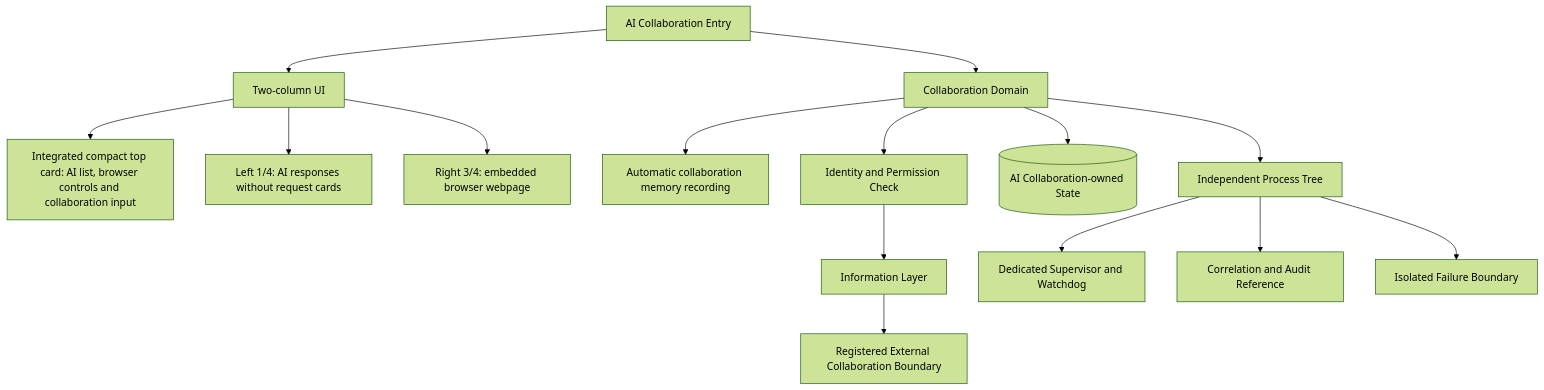
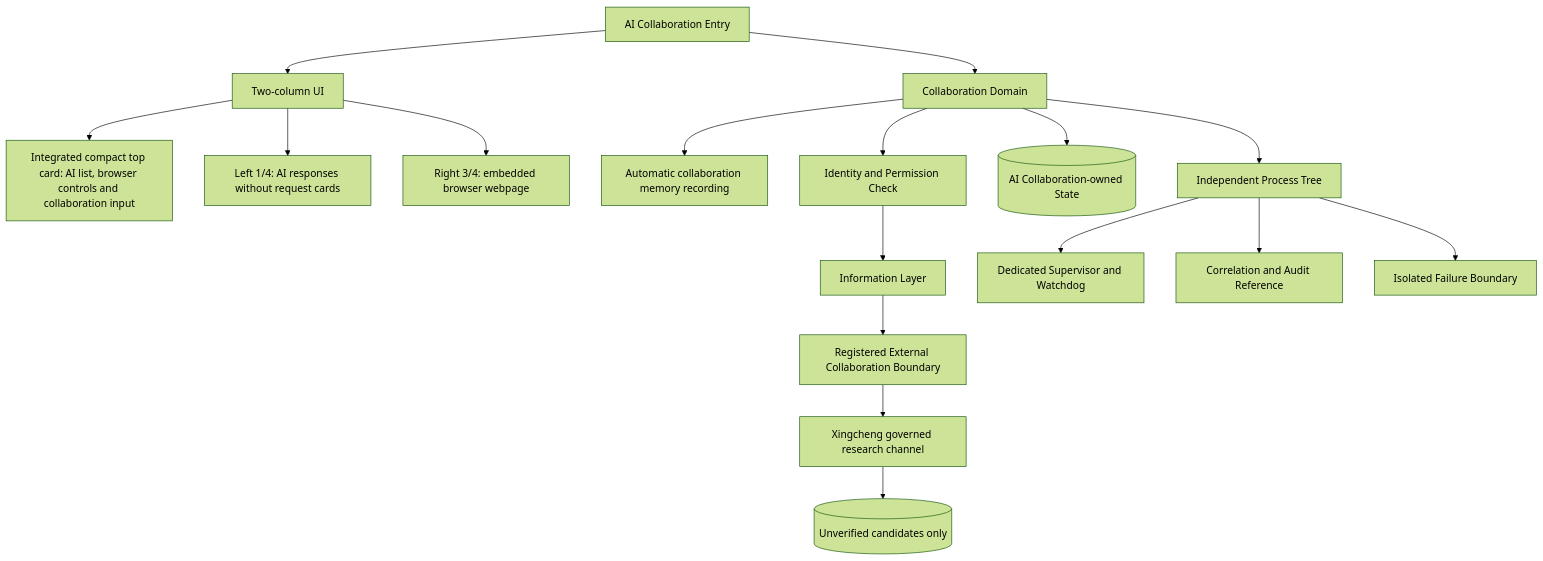
Before and after one commit to guilty442-source/GPTBridge: the diagram in governance_rule/codex/architecture-tool-ai-collaboration.md, drawn with Mermaid (forest theme). The commit also changed other lines of this file and 9 other files, not shown here.

Commit message:
Codex: complete all 12 architecture diagrams (git, local-model, model-dialogue, ai-assistant, ai-collaboration, file-sorter, investment-mobile, vaultly) + hash rebind; blueprint synced

````diff
--- a/governance_rule/codex/architecture-tool-ai-collaboration.md
+++ b/governance_rule/codex/architecture-tool-ai-collaboration.md
@@ -3,17 +3,19 @@
 ```mermaid
 flowchart TB
   ENTRY[AI Collaboration Entry] --> APP[Collaboration Domain]
   ENTRY --> UI[Two-column UI]
   UI --> TOP[Integrated compact top card: AI list, browser controls and collaboration input]
   UI --> LEFT[Left 1/4: AI responses without request cards]
   UI --> RIGHT[Right 3/4: embedded browser webpage]
   APP --> AUTO_MEMORY[Automatic collaboration memory recording]
   APP --> AUTH[Identity and Permission Check]
   AUTH --> INFO[Information Layer]
   INFO --> EXT[Registered External Collaboration Boundary]
+  EXT --> RESEARCH[Xingcheng governed research channel]
+  RESEARCH --> CANDIDATES[(Unverified candidates only)]
   APP --> STATE[(AI Collaboration-owned State)]
   APP --> PROC[Independent Process Tree]
   PROC --> SUP[Dedicated Supervisor and Watchdog]
   PROC --> AUDIT[Correlation and Audit Reference]
   PROC --> FAULT[Isolated Failure Boundary]
 ```
````
